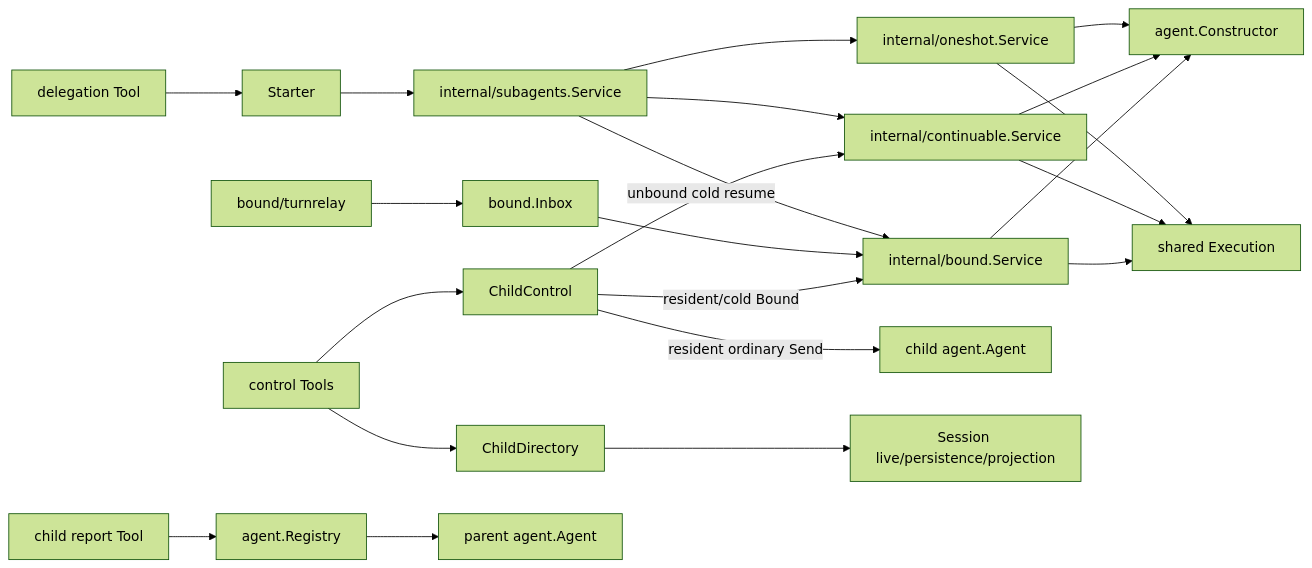
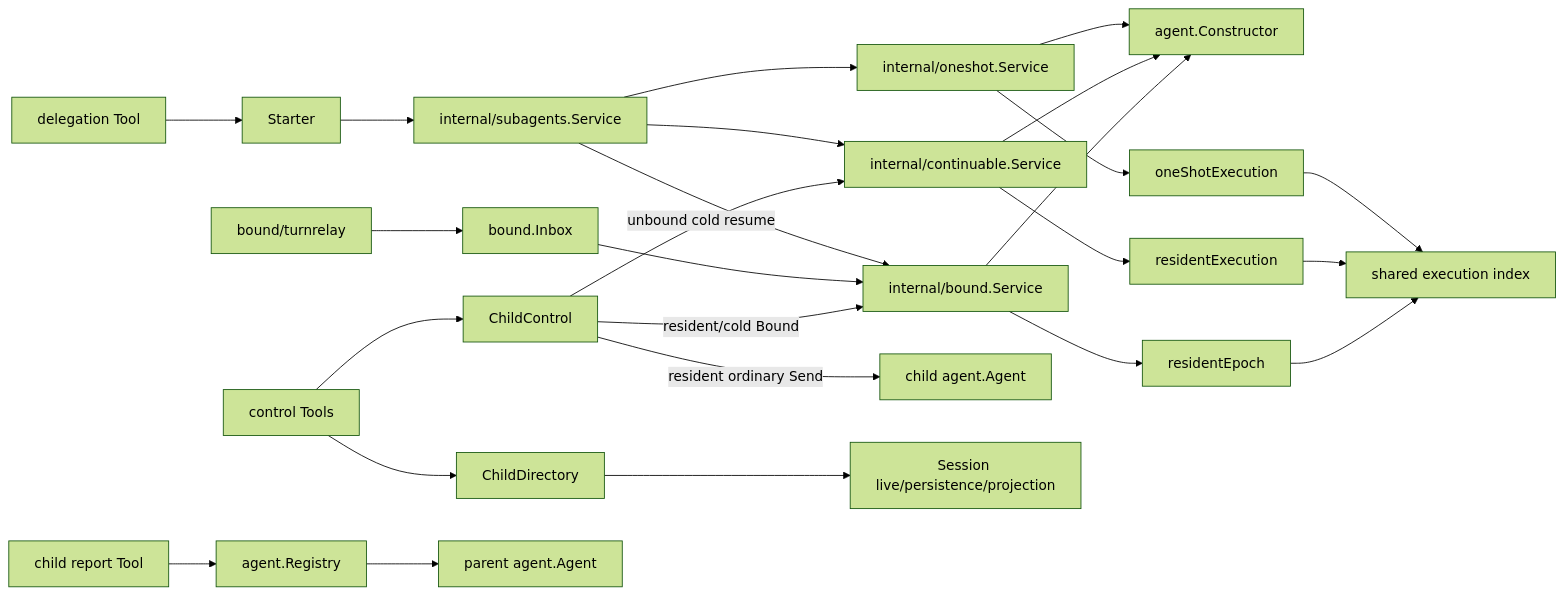
Before and after one commit to gorenx/goren: the diagram in subagent/README.zh-CN.md, drawn with Mermaid (forest theme). The commit also changed other lines of this file and 29 other files, not shown here.

````diff
--- a/subagent/README.zh-CN.md
+++ b/subagent/README.zh-CN.md
@@ -60,24 +60,27 @@
 ```mermaid
 flowchart LR
     Tool[delegation Tool] --> Starter
     Starter[Starter] --> Service[internal/subagents.Service]
     Service --> OneShot[internal/oneshot.Service]
     Service --> Continuable[internal/continuable.Service]
     Service --> Bound[internal/bound.Service]
     OneShot --> Constructor[agent.Constructor]
     Continuable --> Constructor
-    OneShot --> Execution[shared Execution]
-    Continuable --> Execution
+    OneShot --> OneShotExecution[oneShotExecution]
+    Continuable --> ContinuableExecution[residentExecution]
     Bound --> Constructor
-    Bound --> Execution
+    Bound --> BoundExecution[residentEpoch]
+    OneShotExecution --> Index[shared execution index]
+    ContinuableExecution --> Index
+    BoundExecution --> Index
     TurnRelay[bound/turnrelay] --> Inbox[bound.Inbox]
     Inbox --> Bound
     Control[control Tools] --> ChildControl
     ChildControl -->|resident ordinary Send| ChildAgent[child agent.Agent]
     ChildControl -->|resident/cold Bound| Bound
     ChildControl -->|unbound cold resume| Continuable
     Control --> Directory[ChildDirectory]
     Report[child report Tool] --> Registry[agent.Registry]
     Registry --> ParentAgent[parent agent.Agent]
     Directory --> Sessions[Session live/persistence/projection]
 ```
````
